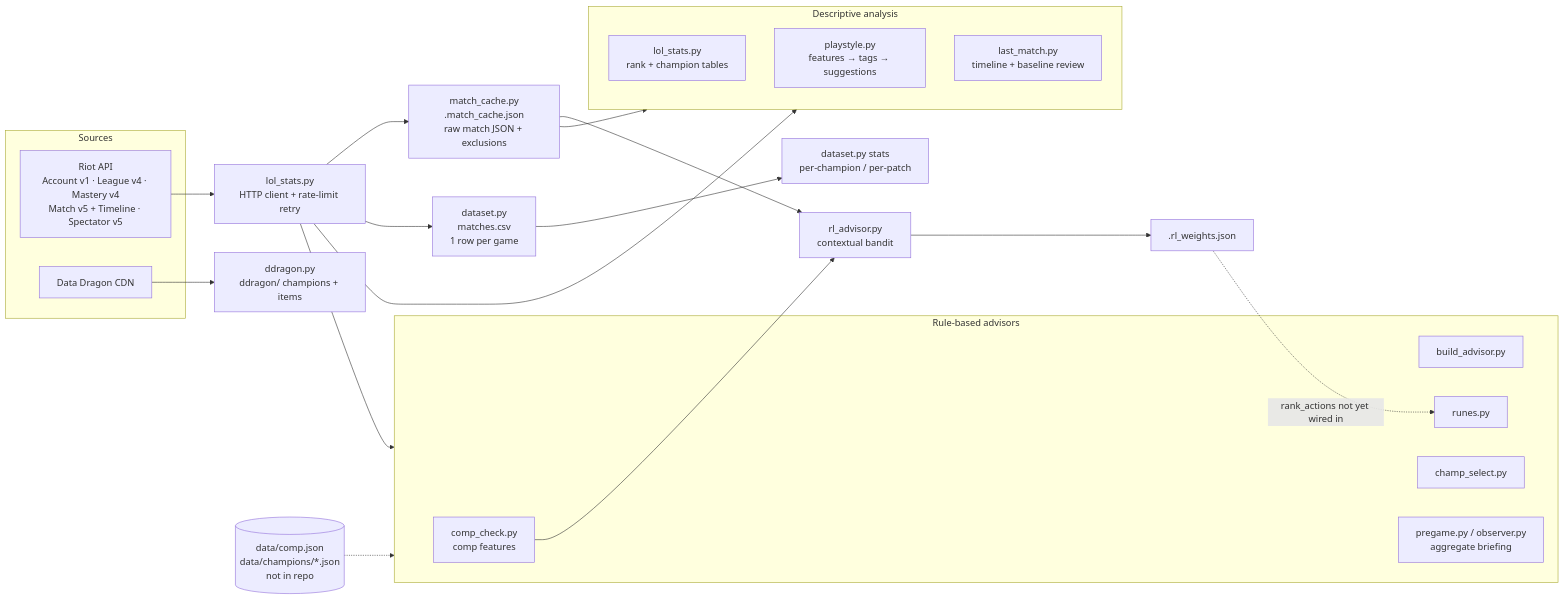
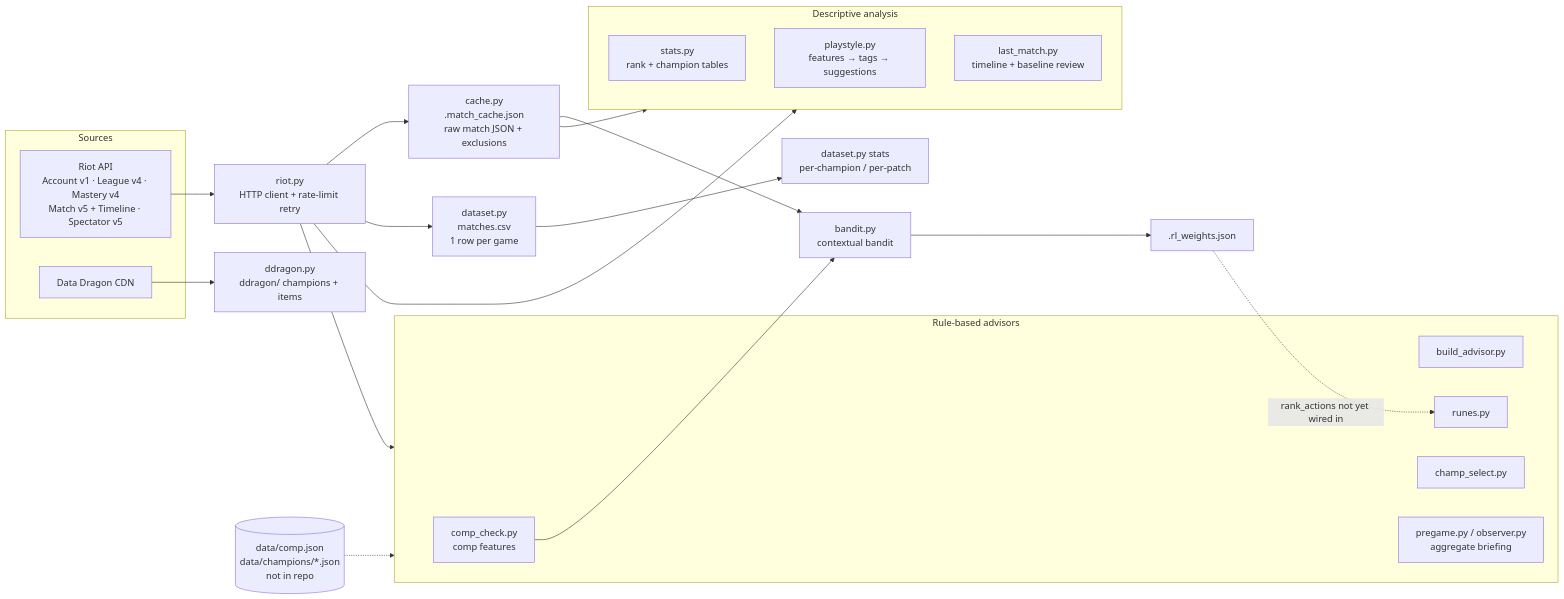
The first of 2 diagrams in README.md (iagxferreira/riftlab), drawn with Mermaid before and after one commit. The commit also changed other lines of this file and 2 other files, not shown here.

````diff
--- a/README.md
+++ b/README.md
@@ -37,38 +37,38 @@
 ```mermaid
 flowchart LR
     subgraph Sources
         RIOT[Riot API<br/>Account v1 · League v4 · Mastery v4<br/>Match v5 + Timeline · Spectator v5]
         DD[Data Dragon CDN]
     end
 
-    RIOT --> CLIENT[lol_stats.py<br/>HTTP client + rate-limit retry]
-    CLIENT --> CACHE[match_cache.py<br/>.match_cache.json<br/>raw match JSON + exclusions]
+    RIOT --> CLIENT[riot.py<br/>HTTP client + rate-limit retry]
+    CLIENT --> CACHE[cache.py<br/>.match_cache.json<br/>raw match JSON + exclusions]
     CLIENT --> DS[dataset.py<br/>matches.csv<br/>1 row per game]
     DD --> DDR[ddragon.py<br/>ddragon/ champions + items]
 
     CACHE --> ANALYSIS
     CLIENT --> ANALYSIS
     DS --> DSTATS[dataset.py stats<br/>per-champion / per-patch]
 
     subgraph ANALYSIS[Descriptive analysis]
-        LS[lol_stats.py<br/>rank + champion tables]
+        LS[stats.py<br/>rank + champion tables]
         PS[playstyle.py<br/>features → tags → suggestions]
         LM[last_match.py<br/>timeline + baseline review]
     end
 
     DATA[(data/comp.json<br/>data/champions/*.json<br/>not in repo)] -.-> RULES
     CLIENT --> RULES
 
     subgraph RULES[Rule-based advisors]
         CC[comp_check.py<br/>comp features]
         BA[build_advisor.py]
         RU[runes.py]
         CS[champ_select.py]
         PG[pregame.py / observer.py<br/>aggregate briefing]
     end
 
-    CACHE --> RL[rl_advisor.py<br/>contextual bandit]
+    CACHE --> RL[bandit.py<br/>contextual bandit]
     CC --> RL
     RL --> W[.rl_weights.json]
     W -. rank_actions not yet wired in .-> RU
 ```
````
